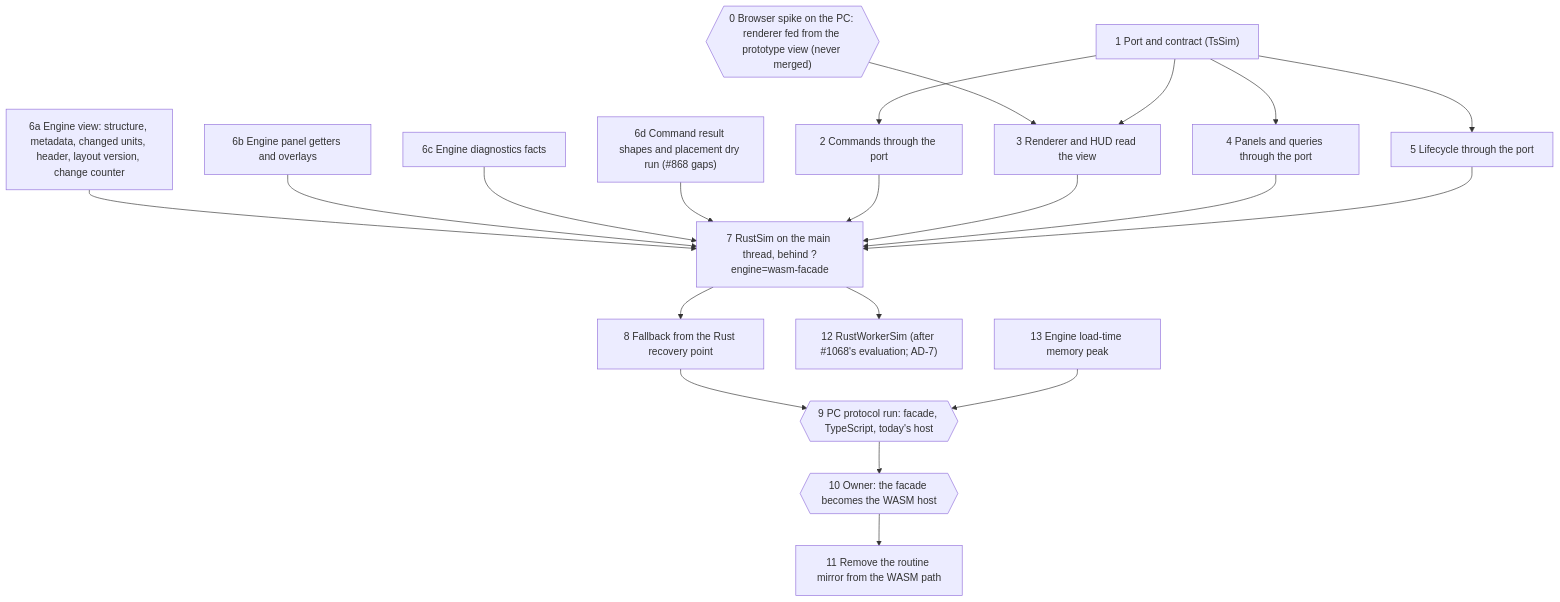
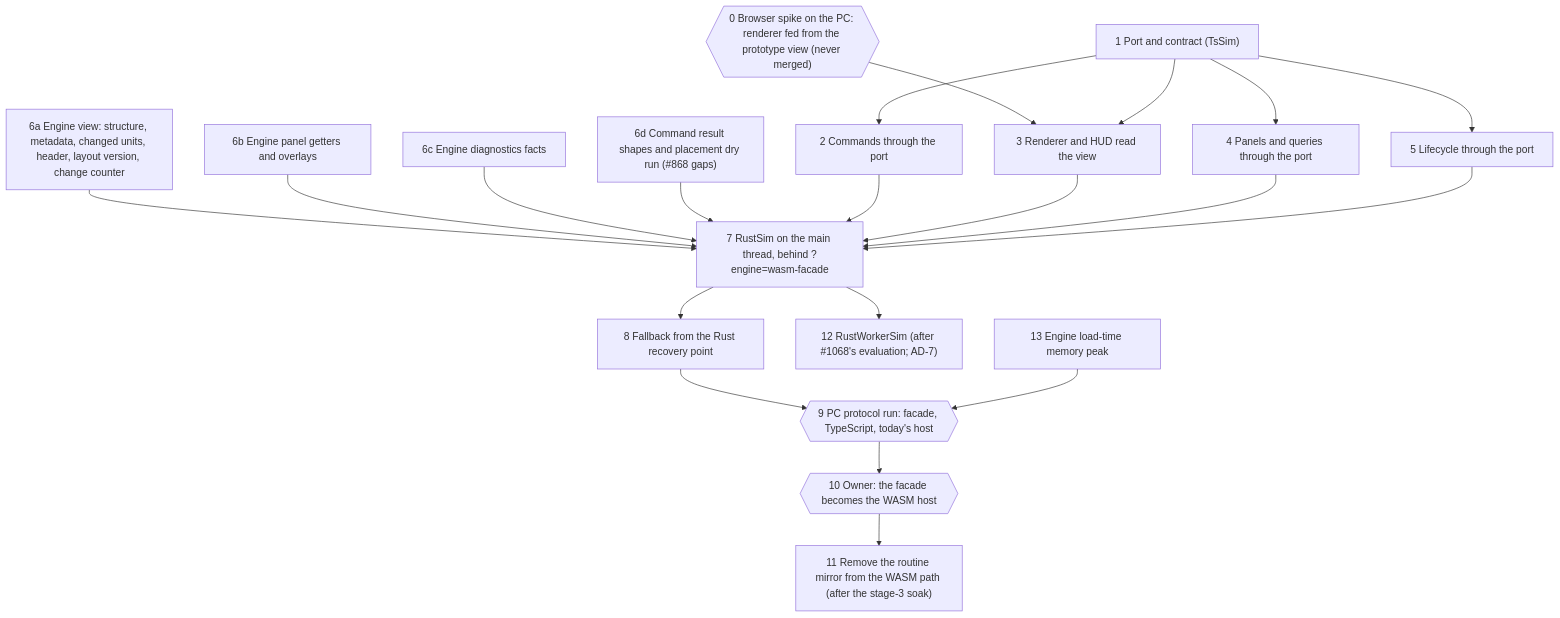
One commit to maniator/verticopolis changed the diagram in _bmad-output/planning-artifacts/architecture/architecture-rust-facade-2026-10-20/slice-plan.md. Above: the diagram before and after it, drawn with Mermaid. The commit also changed other lines of this file, not shown here.

````diff
--- a/_bmad-output/planning-artifacts/architecture/architecture-rust-facade-2026-10-20/slice-plan.md
+++ b/_bmad-output/planning-artifacts/architecture/architecture-rust-facade-2026-10-20/slice-plan.md
@@ -26,22 +31,22 @@
 ```mermaid
 flowchart TD
   SP0{{"0 Browser spike on the PC: renderer fed from the prototype view (never merged)"}} --> S3
   S1["1 Port and contract (TsSim)"] --> S2["2 Commands through the port"]
   S1 --> S3["3 Renderer and HUD read the view"]
   S1 --> S4["4 Panels and queries through the port"]
   S1 --> S5["5 Lifecycle through the port"]
   S6A["6a Engine view: structure, metadata, changed units, header, layout version, change counter"] --> S7
   S6B["6b Engine panel getters and overlays"] --> S7
   S6C["6c Engine diagnostics facts"] --> S7
   S6D["6d Command result shapes and placement dry run (#868 gaps)"] --> S7
   S2 --> S7["7 RustSim on the main thread, behind ?engine=wasm-facade"]
   S3 --> S7
   S4 --> S7
   S5 --> S7
   S7 --> S8["8 Fallback from the Rust recovery point"]
   S8 --> RUN{{"9 PC protocol run: facade, TypeScript, today's host"}}
   RUN --> S10{{"10 Owner: the facade becomes the WASM host"}}
-  S10 --> S11["11 Remove the routine mirror from the WASM path"]
+  S10 --> S11["11 Remove the routine mirror from the WASM path (after the stage-3 soak)"]
   S7 --> S12["12 RustWorkerSim (after #1068's evaluation; AD-7)"]
   S13["13 Engine load-time memory peak"] --> RUN
 ```
````
